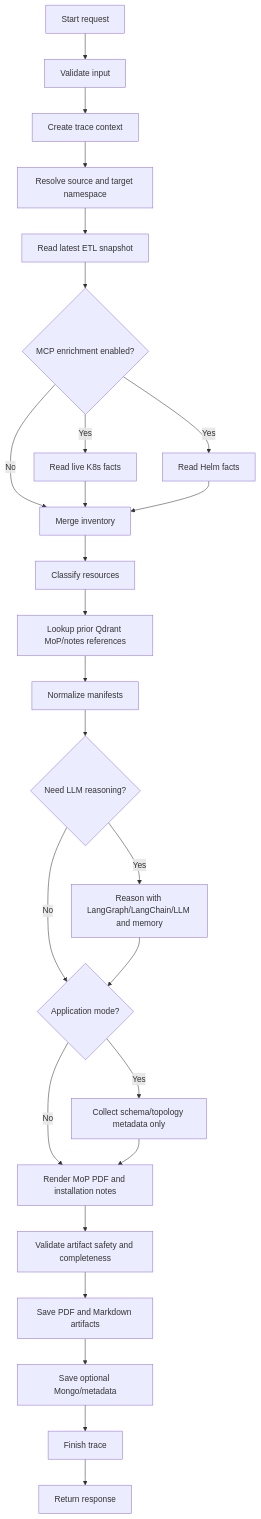
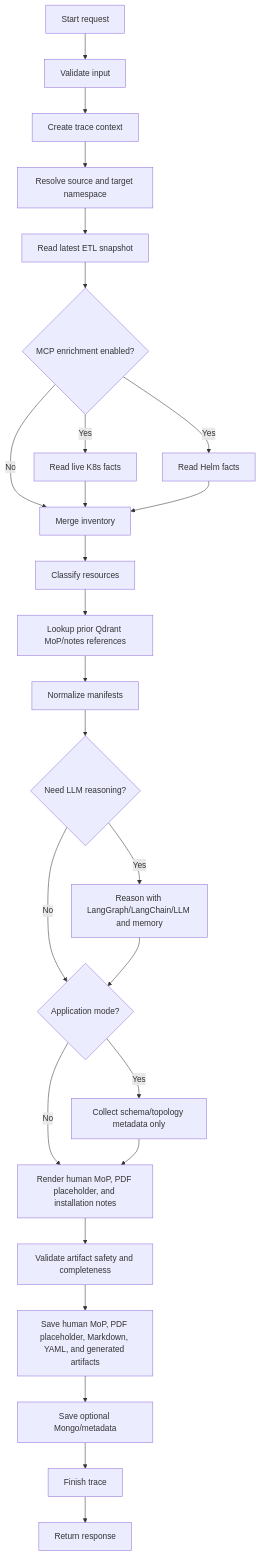
Before and after one commit to aveeshek/bosgenesis-mop-creation-agent: the first of 7 diagrams in docs/04_ALGORITHM_MOP_CREATION_AGENT.md, drawn with Mermaid. The commit also changed other lines of this file and 27 other files, not shown here.

Commit message:
Implement phase 8 markdown installation notes renderer

````diff
--- a/docs/04_ALGORITHM_MOP_CREATION_AGENT.md
+++ b/docs/04_ALGORITHM_MOP_CREATION_AGENT.md
@@ -16,32 +16,32 @@
 ```mermaid
 flowchart TD
     Start["Start request"] --> Validate["Validate input"]
     Validate --> Trace["Create trace context"]
     Trace --> Resolve["Resolve source and target namespace"]
     Resolve --> Snapshot["Read latest ETL snapshot"]
 
     Snapshot --> Enrich{"MCP enrichment enabled?"}
     Enrich -->|"Yes"| K8S["Read live K8s facts"]
     Enrich -->|"Yes"| Helm["Read Helm facts"]
     Enrich -->|"No"| Merge["Use snapshot only"]
 
     K8S --> Merge["Merge inventory"]
     Helm --> Merge
 
     Merge --> Classify["Classify resources"]
     Classify --> QdrantLookup["Lookup prior Qdrant MoP/notes references"]
     QdrantLookup --> Normalize["Normalize manifests"]
     Normalize --> NeedReason{"Need LLM reasoning?"}
     NeedReason -->|"Yes"| Reason["Reason with LangGraph/LangChain/LLM and memory"]
     NeedReason -->|"No"| AppMode{"Application mode?"}
     Reason --> AppMode
     AppMode -->|"Yes"| AppSchema["Collect schema/topology metadata only"]
     AppMode -->|"No"| Render
-    AppSchema --> Render["Render MoP PDF and installation notes"]
+    AppSchema --> Render["Render human MoP, PDF placeholder, and installation notes"]
 
     Render --> ValidateArtifact["Validate artifact safety and completeness"]
-    ValidateArtifact --> SaveLocal["Save PDF and Markdown artifacts"]
+    ValidateArtifact --> SaveLocal["Save human MoP, PDF placeholder, Markdown, YAML, and generated artifacts"]
     SaveLocal --> OptionalStores["Save optional Mongo/metadata"]
     OptionalStores --> FinishTrace["Finish trace"]
     FinishTrace --> Response["Return response"]
 ```
````
